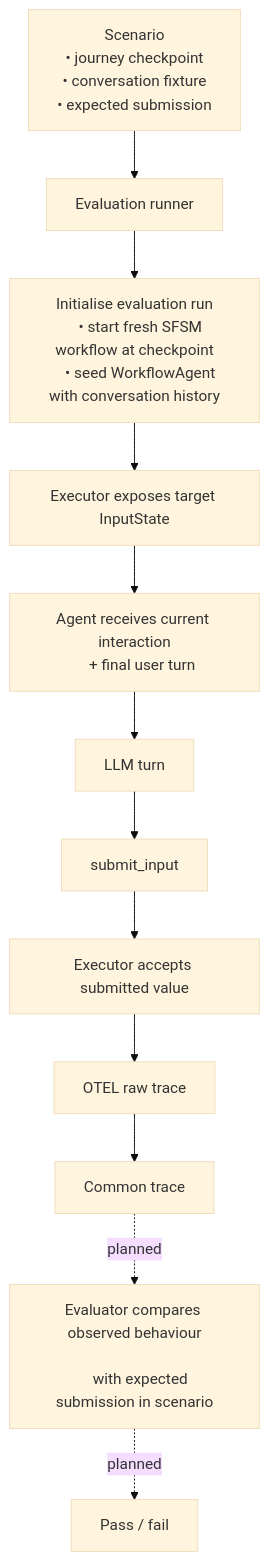
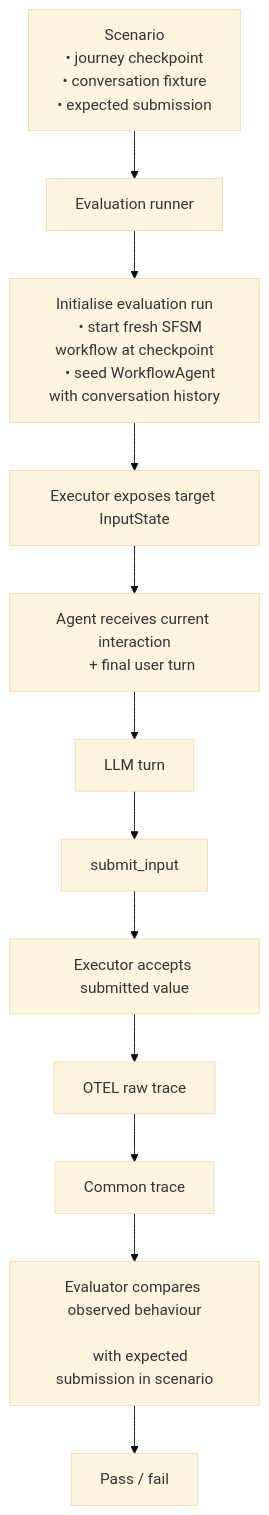
One commit to govuk-once/govuk-agentic-legibility changed the diagram in durable_poc/evaluation/EVALS_README.md. Above: the diagram before and after it, drawn with Mermaid (base theme). The commit also changed other lines of this file and 8 other files, not shown here.

````diff
--- a/durable_poc/evaluation/EVALS_README.md
+++ b/durable_poc/evaluation/EVALS_README.md
@@ -13,46 +13,46 @@
 ```mermaid
 flowchart TD
     S["Scenario
     • journey checkpoint
     • conversation fixture
     • expected submission"]
 
     R["Evaluation runner"]
 
     SETUP["Initialise evaluation run
     • start fresh SFSM workflow at checkpoint
     • seed WorkflowAgent with conversation history"]
 
     I["Executor exposes target InputState"]
 
     A["Agent receives current interaction
     + final user turn"]
 
     M["LLM turn"]
 
     T["submit_input"]
 
     V["Executor accepts submitted value"]
 
     OT["OTEL raw trace"]
 
     CT["Common trace"]
 
     E["Evaluator compares observed behaviour<br/>
     with expected submission in scenario"]
 
     P["Pass / fail"]
 
     S --> R
     R --> SETUP
     SETUP --> I
     I --> A
     A --> M
     M --> T
     T --> V
 
     V --> OT
     OT --> CT
-    CT -. "planned" .-> E
-    E -. "planned" .-> P
+    CT --> E
+    E --> P
 ```
````
